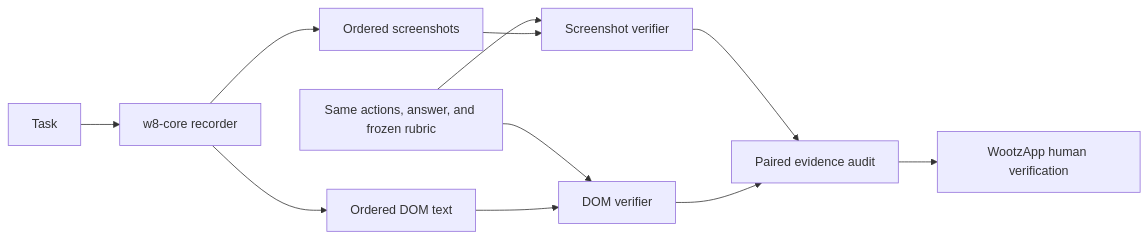
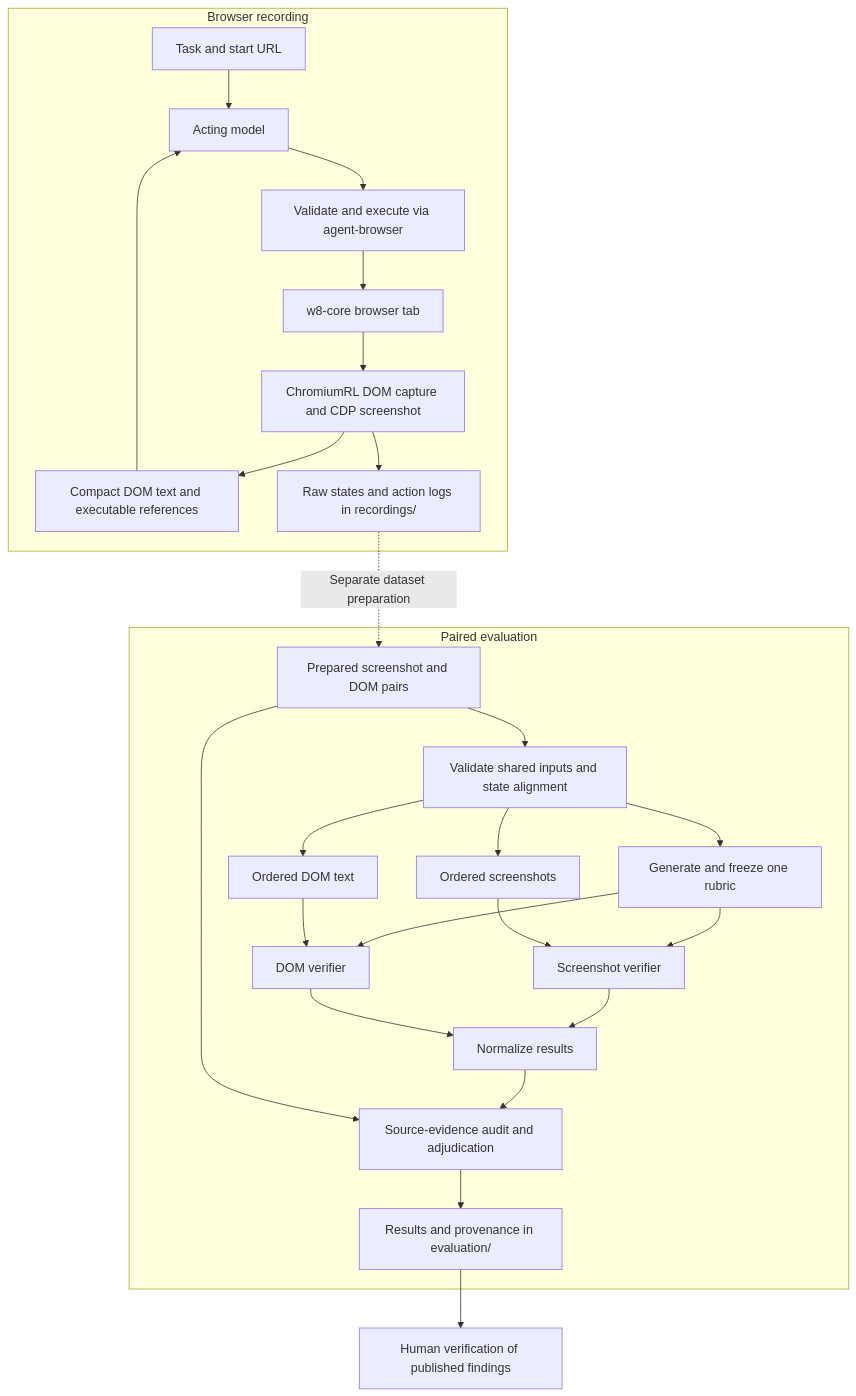
The diagram in README.md (wootzapp/w8-domdiff-bench), drawn with Mermaid before and after one commit. The commit also changed other lines of this file and 1 other file, not shown here.

````diff
--- a/README.md
+++ b/README.md
@@ -96,13 +210,29 @@
 ```mermaid
-flowchart LR
-    task[Task] --> record[w8-core recorder]
-    record --> screenshots[Ordered screenshots]
-    record --> dom[Ordered DOM text]
-    shared[Same actions, answer, and frozen rubric] --> ssjudge[Screenshot verifier]
-    shared --> domjudge[DOM verifier]
-    screenshots --> ssjudge
-    dom --> domjudge
-    ssjudge --> audit[Paired evidence audit]
-    domjudge --> audit
-    audit --> review[WootzApp human verification]
+flowchart TB
+    subgraph recording[Browser recording]
+        task[Task and start URL] --> actor[Acting model]
+        actor --> harness[Validate and execute via agent-browser]
+        harness --> browser[w8-core browser tab]
+        browser --> capture[ChromiumRL DOM capture and CDP screenshot]
+        capture --> observation[Compact DOM text and executable references]
+        observation --> actor
+        capture --> raw[Raw states and action logs in recordings/]
+    end
+    raw -. Separate dataset preparation .-> pairs[Prepared screenshot and DOM pairs]
+    subgraph evaluation[Paired evaluation]
+        pairs --> check[Validate shared inputs and state alignment]
+        check --> rubric[Generate and freeze one rubric]
+        rubric --> ssjudge[Screenshot verifier]
+        rubric --> domjudge[DOM verifier]
+        check --> screenshots[Ordered screenshots]
+        check --> dom[Ordered DOM text]
+        screenshots --> ssjudge
+        dom --> domjudge
+        ssjudge --> normalize[Normalize results]
+        domjudge --> normalize
+        normalize --> audit[Source-evidence audit and adjudication]
+        pairs --> audit
+        audit --> output[Results and provenance in evaluation/]
+    end
+    output --> review[Human verification of published findings]
 ```
````
